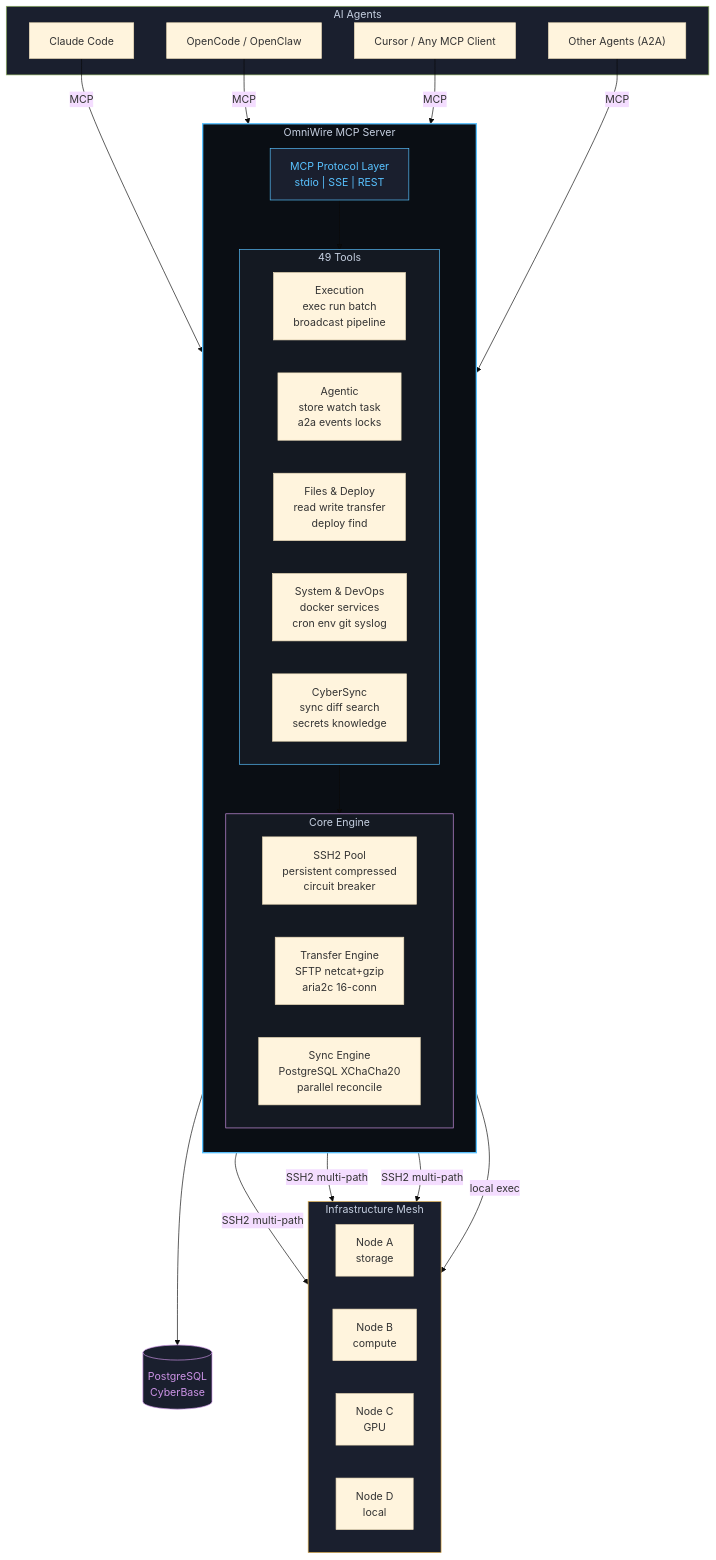
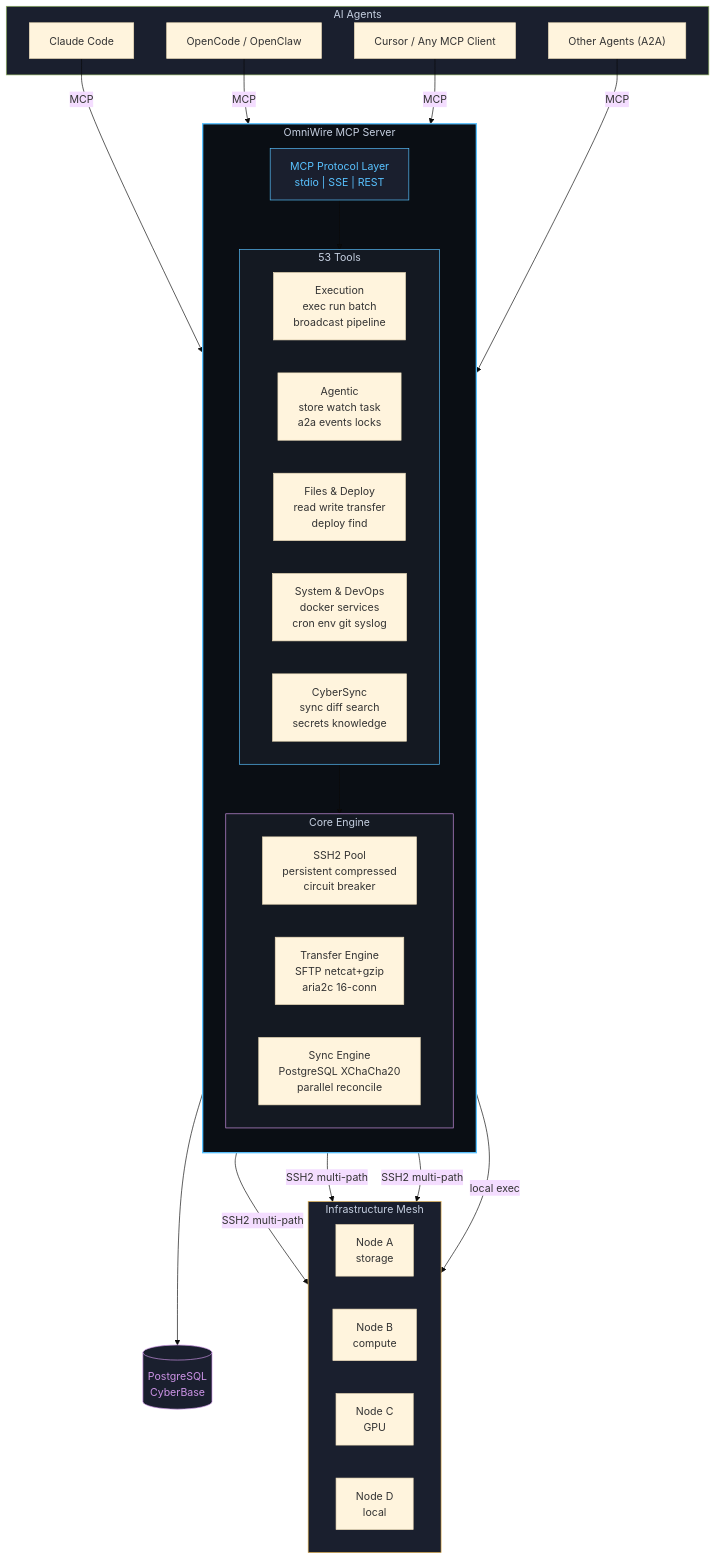
The diagram in README.md (VoidChecksum/omniwire), drawn with Mermaid (base theme) before and after one commit. The commit also changed other lines of this file and 4 other files, not shown here.

````diff
--- a/README.md
+++ b/README.md
@@ -61,55 +73,55 @@
 ```mermaid
 graph TB
     subgraph clients["AI Agents"]
         CC["Claude Code"]
         OC["OpenCode / OpenClaw"]
         CU["Cursor / Any MCP Client"]
         A2["Other Agents (A2A)"]
     end
 
     subgraph omniwire["OmniWire MCP Server"]
         direction TB
         MCP["MCP Protocol Layer<br/>stdio | SSE | REST"]
 
-        subgraph tools["49 Tools"]
+        subgraph tools["53 Tools"]
             direction LR
             EXEC["Execution<br/>exec  run  batch<br/>broadcast  pipeline"]
             AGENT["Agentic<br/>store  watch  task<br/>a2a  events  locks"]
             FILES["Files & Deploy<br/>read  write  transfer<br/>deploy  find"]
             SYS["System & DevOps<br/>docker  services<br/>cron  env  git  syslog"]
             SYNC["CyberSync<br/>sync  diff  search<br/>secrets  knowledge"]
         end
 
         subgraph engine["Core Engine"]
             direction LR
             POOL["SSH2 Pool<br/>persistent  compressed<br/>circuit breaker"]
             XFER["Transfer Engine<br/>SFTP  netcat+gzip<br/>aria2c 16-conn"]
             CSYNC["Sync Engine<br/>PostgreSQL  XChaCha20<br/>parallel reconcile"]
         end
     end
 
     subgraph mesh["Infrastructure Mesh"]
         direction LR
         N1["Node A<br/>storage"]
         N2["Node B<br/>compute"]
         N3["Node C<br/>GPU"]
         N4["Node D<br/>local"]
     end
 
     DB[("PostgreSQL<br/>CyberBase")]
 
     CC & OC & CU & A2 -->|MCP| MCP
     MCP --> tools
     tools --> engine
     POOL -->|"SSH2 multi-path"| N1 & N2 & N3
     POOL -->|"local exec"| N4
     CSYNC --> DB
 
     style omniwire fill:#0A0E14,stroke:#59C2FF,stroke-width:2px,color:#C6D0E1
     style clients fill:#1A1F2E,stroke:#91B362,stroke-width:1px,color:#C6D0E1
     style mesh fill:#1A1F2E,stroke:#E6B450,stroke-width:1px,color:#C6D0E1
     style tools fill:#141922,stroke:#59C2FF,stroke-width:1px,color:#C6D0E1
     style engine fill:#141922,stroke:#CC93E6,stroke-width:1px,color:#C6D0E1
     style MCP fill:#1A1F2E,stroke:#59C2FF,color:#59C2FF
     style DB fill:#1A1F2E,stroke:#CC93E6,color:#CC93E6
 ```
````
